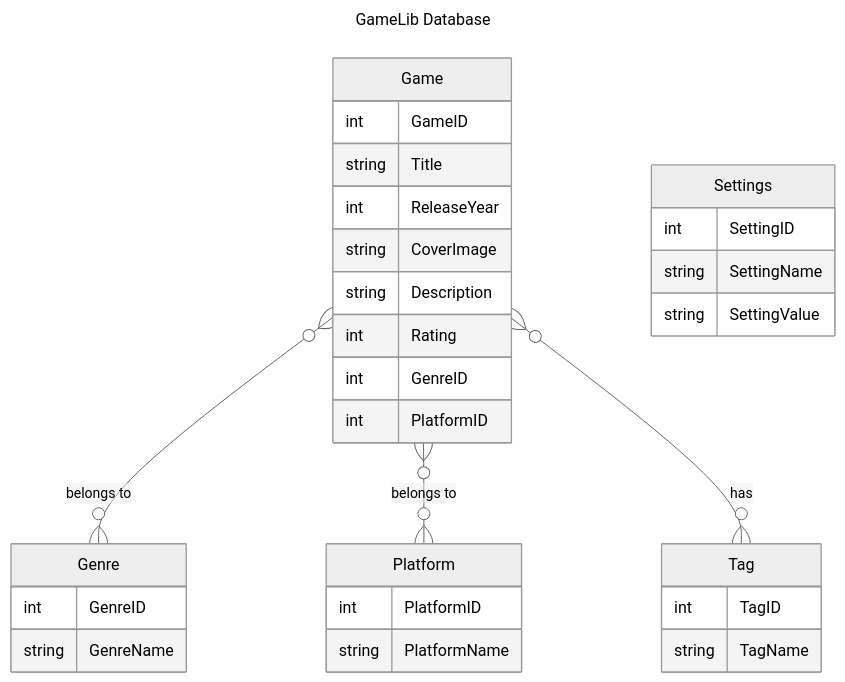
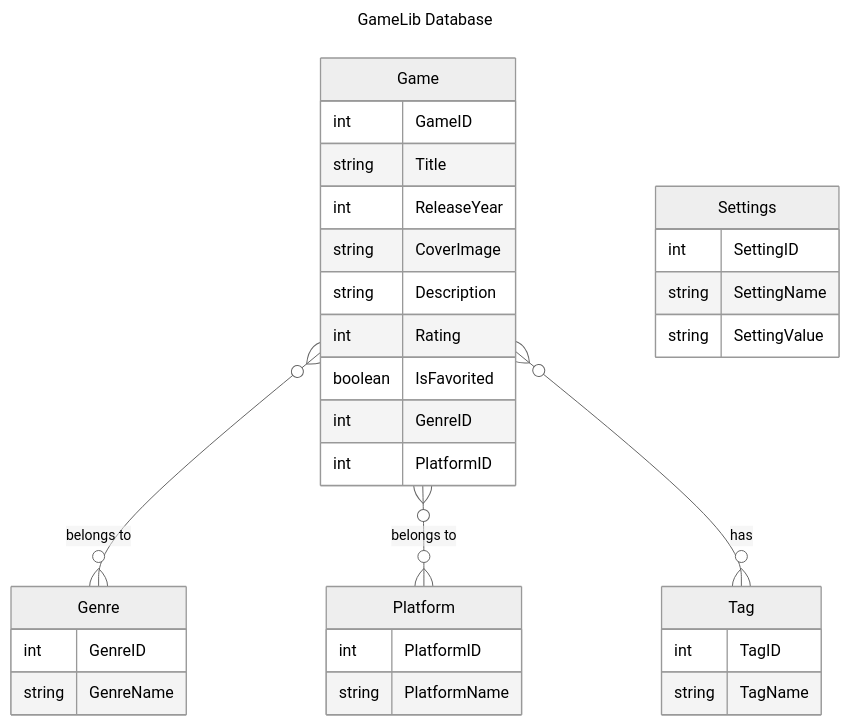
The diagram in docs/Database.mmd (barthofu/gamelib), drawn with Mermaid (neutral theme) before and after one commit.

Commit message:
feat(docs): IsFavorited attribute to Game table

```diff
--- a/docs/Database.mmd
+++ b/docs/Database.mmd
@@ -1,41 +1,42 @@
 ---
 title: "GameLib Database"
 ---
 
 erDiagram
     
 Game o{--o{ Genre : "belongs to"
 Game o{--o{ Platform : "belongs to"
 Game o{--o{ Tag : "has"
 
 Game {
     int GameID
     string Title
     int ReleaseYear
     string CoverImage
     string Description
     int Rating
+    boolean IsFavorited
     int GenreID
     int PlatformID
 }
 
 Tag {
     int TagID
     string TagName
 }
 
 Genre {
     int GenreID
     string GenreName
 }
 
 Platform {
     int PlatformID
     string PlatformName
 }
 
 Settings {
     int SettingID
     string SettingName
     string SettingValue
 }
```
